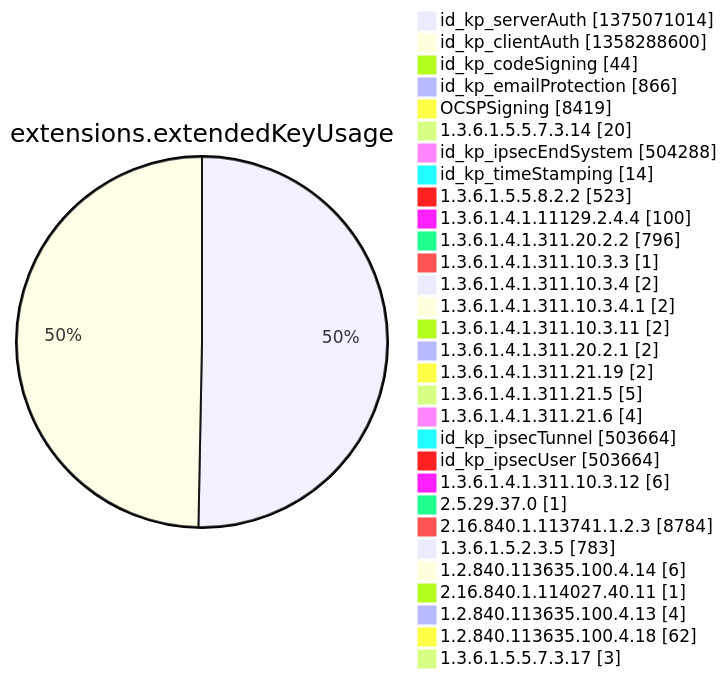
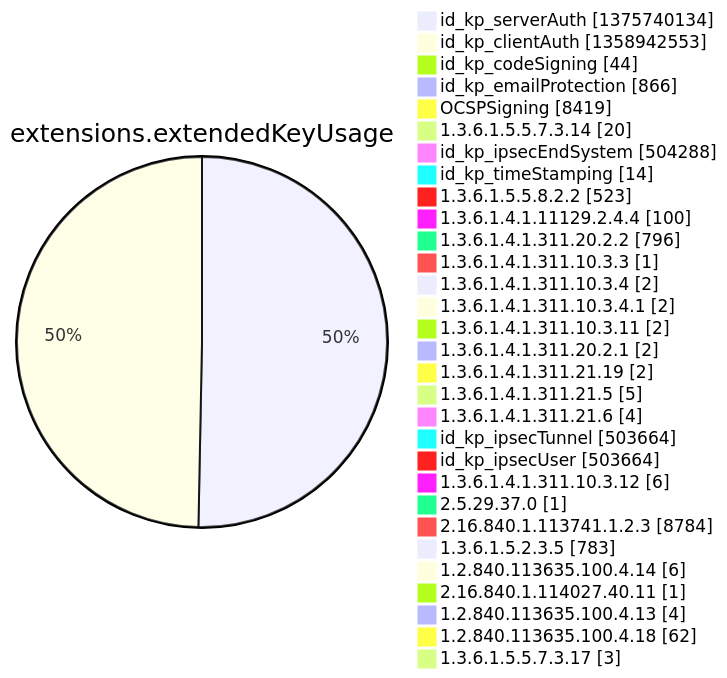
Before and after one commit to christiankrug/ctmonitor_visualization: diagram 12 of 15 in argon2022/README.md, drawn with Mermaid. The commit also changed other lines of this file, not shown here.

````diff
--- a/argon2022/README.md
+++ b/argon2022/README.md
@@ -3553,34 +3553,34 @@
 ```mermaid
 pie showData
 title extensions.extendedKeyUsage
-"id_kp_serverAuth" :1375071014
-"id_kp_clientAuth" :1358288600
+"id_kp_serverAuth" :1375740134
+"id_kp_clientAuth" :1358942553
 "id_kp_codeSigning" :44
 "id_kp_emailProtection" :866
 "OCSPSigning" :8419
 "1.3.6.1.5.5.7.3.14" :20
 "id_kp_ipsecEndSystem" :504288
 "id_kp_timeStamping" :14
 "1.3.6.1.5.5.8.2.2" :523
 "1.3.6.1.4.1.11129.2.4.4" :100
 "1.3.6.1.4.1.311.20.2.2" :796
 "1.3.6.1.4.1.311.10.3.3" :1
 "1.3.6.1.4.1.311.10.3.4" :2
 "1.3.6.1.4.1.311.10.3.4.1" :2
 "1.3.6.1.4.1.311.10.3.11" :2
 "1.3.6.1.4.1.311.20.2.1" :2
 "1.3.6.1.4.1.311.21.19" :2
 "1.3.6.1.4.1.311.21.5" :5
 "1.3.6.1.4.1.311.21.6" :4
 "id_kp_ipsecTunnel" :503664
 "id_kp_ipsecUser" :503664
 "1.3.6.1.4.1.311.10.3.12" :6
 "2.5.29.37.0" :1
 "2.16.840.1.113741.1.2.3" :8784
 "1.3.6.1.5.2.3.5" :783
 "1.2.840.113635.100.4.14" :6
 "2.16.840.1.114027.40.11" :1
 "1.2.840.113635.100.4.13" :4
 "1.2.840.113635.100.4.18" :62
 "1.3.6.1.5.5.7.3.17" :3
 ```
````
